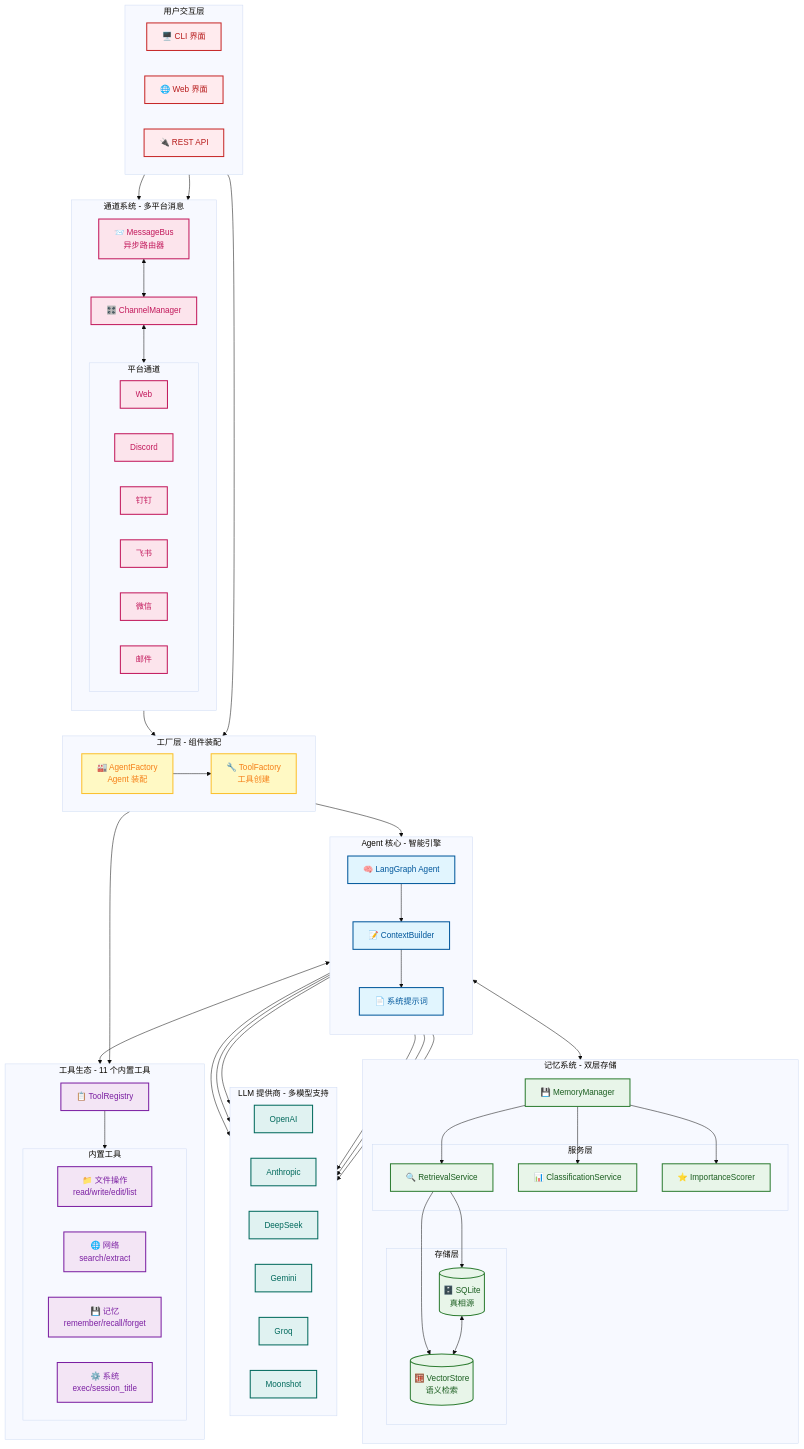
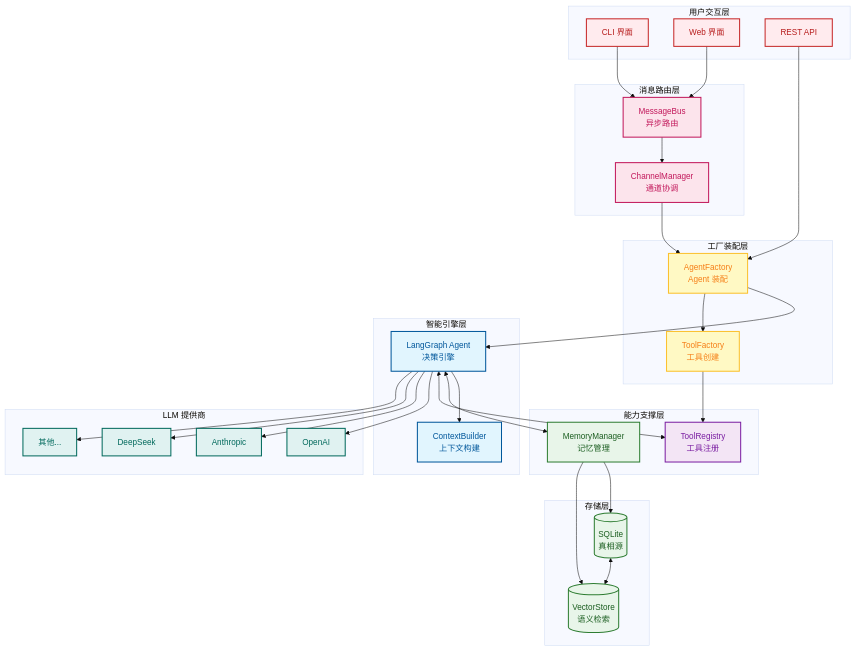
The first of 10 diagrams in docs/zh-CN/architecture.md (xt765/FinchBot), drawn with Mermaid (base theme) before and after one commit. The commit also changed other lines of this file and 18 other files, not shown here.

First line of the commit message:
docs: 简化架构图并删除所有mermaid图中的表情包

````diff
--- a/docs/zh-CN/architecture.md
+++ b/docs/zh-CN/architecture.md
@@ -26,125 +26,71 @@
 ```mermaid
-graph TD
-    %% 样式定义
+graph TB
     classDef userLayer fill:#ffebee,stroke:#c62828,stroke-width:2px,color:#b71c1c;
+    classDef channelLayer fill:#fce4ec,stroke:#c2185b,stroke-width:2px,color:#c2185b;
     classDef factoryLayer fill:#fff9c4,stroke:#fbc02d,stroke-width:2px,color:#f57f17;
     classDef coreLayer fill:#e1f5fe,stroke:#01579b,stroke-width:2px,color:#01579b;
     classDef memoryLayer fill:#e8f5e9,stroke:#2e7d32,stroke-width:2px,color:#1b5e20;
     classDef toolLayer fill:#f3e5f5,stroke:#7b1fa2,stroke-width:2px,color:#7b1fa2;
-    classDef channelLayer fill:#fce4ec,stroke:#c2185b,stroke-width:2px,color:#c2185b;
     classDef infraLayer fill:#e0f2f1,stroke:#00695c,stroke-width:2px,color:#00695c;
 
-    %% 用户交互层
-    subgraph UserLayer [用户交互层]
-        direction LR
-        CLI[🖥️ CLI 界面]
-        WebUI[🌐 Web 界面]
-        API[🔌 REST API]
+    subgraph Layer1 [用户交互层]
+        CLI[CLI 界面]:::userLayer
+        WebUI[Web 界面]:::userLayer
+        API[REST API]:::userLayer
     end
-    class CLI,WebUI,API userLayer
 
-    %% 通道系统
-    subgraph ChannelSystem [通道系统 - 多平台消息]
-        direction TB
-        Bus[📨 MessageBus<br/>异步路由器]
-        CM[🎛️ ChannelManager]
-        
-        Bus <--> CM
-        
-        subgraph Channels [平台通道]
-            WebCh[Web]
-            DiscordCh[Discord]
-            DingTalkCh[钉钉]
-            FeishuCh[飞书]
-            WeChatCh[微信]
-            EmailCh[邮件]
-        end
-        
-        CM <--> Channels
+    subgraph Layer2 [消息路由层]
+        Bus[MessageBus<br/>异步路由]:::channelLayer
+        CM[ChannelManager<br/>通道协调]:::channelLayer
     end
-    class Bus,CM channelLayer
-    class WebCh,DiscordCh,DingTalkCh,FeishuCh,WeChatCh,EmailCh channelLayer
 
-    %% 工厂层
-    subgraph FactoryLayer [工厂层 - 组件装配]
-        direction LR
-        AF[🏭 AgentFactory<br/>Agent 装配]
-        TF[🔧 ToolFactory<br/>工具创建]
+    subgraph Layer3 [工厂装配层]
+        AF[AgentFactory<br/>Agent 装配]:::factoryLayer
+        TF[ToolFactory<br/>工具创建]:::factoryLayer
     end
-    class AF,TF factoryLayer
 
-    %% Agent 核心
-    subgraph AgentCore [Agent 核心 - 智能引擎]
-        direction TB
-        Agent[🧠 LangGraph Agent]
-        CB[📝 ContextBuilder]
-        SP[📄 系统提示词]
-        
-        Agent --> CB
-        CB --> SP
+    subgraph Layer4 [智能引擎层]
+        Agent[LangGraph Agent<br/>决策引擎]:::coreLayer
+        CB[ContextBuilder<br/>上下文构建]:::coreLayer
     end
-    class Agent,CB,SP coreLayer
 
-    %% 记忆系统
-    subgraph MemorySystem [记忆系统 - 双层存储]
-        direction TB
-        MM[💾 MemoryManager]
-        
-        subgraph Services [服务层]
-            RS[🔍 RetrievalService]
-            CS[📊 ClassificationService]
-            IS[⭐ ImportanceScorer]
-        end
-        
-        subgraph Storage [存储层]
-            SQLite[(🗄️ SQLite<br/>真相源)]
-            Vector[(🧮 VectorStore<br/>语义检索)]
-        end
-        
-        MM --> RS & CS & IS
-        RS --> SQLite & Vector
-        SQLite <--> Vector
+    subgraph Layer5 [能力支撑层]
+        MM[MemoryManager<br/>记忆管理]:::memoryLayer
+        TR[ToolRegistry<br/>工具注册]:::toolLayer
     end
-    class MM,RS,CS,IS,SQLite,Vector memoryLayer
 
-    %% 工具生态
-    subgraph ToolEcosystem [工具生态 - 11 个内置工具]
-        direction TB
-        TR[📋 ToolRegistry]
-        
-        subgraph BuiltInTools [内置工具]
-            FileTools[📁 文件操作<br/>read/write/edit/list]
-            WebTools[🌐 网络<br/>search/extract]
-            MemTools[💾 记忆<br/>remember/recall/forget]
-            SysTools[⚙️ 系统<br/>exec/session_title]
-        end
-        
-        TR --> BuiltInTools
+    subgraph Layer6 [存储层]
+        SQLite[(SQLite<br/>真相源)]:::memoryLayer
+        Vector[(VectorStore<br/>语义检索)]:::memoryLayer
     end
-    class TR,FileTools,WebTools,MemTools,SysTools toolLayer
 
-    %% LLM 提供商
-    subgraph LLMProviders [LLM 提供商 - 多模型支持]
-        direction LR
-        OpenAI[OpenAI]
-        Anthropic[Anthropic]
-        DeepSeek[DeepSeek]
-        Gemini[Gemini]
-        Groq[Groq]
-        Moonshot[Moonshot]
+    subgraph Layer7 [LLM 提供商]
+        OpenAI[OpenAI]:::infraLayer
+        Anthropic[Anthropic]:::infraLayer
+        DeepSeek[DeepSeek]:::infraLayer
+        Others[其他...]:::infraLayer
     end
-    class OpenAI,Anthropic,DeepSeek,Gemini,Groq,Moonshot infraLayer
 
-    %% 连接
-    CLI & WebUI --> Bus
+    CLI --> Bus
+    WebUI --> Bus
     API --> AF
     
-    Bus --> AF
+    Bus --> CM
+    CM --> AF
+    
     AF --> Agent
     AF --> TF
     TF --> TR
     
+    Agent --> CB
     Agent <--> MM
     Agent <--> TR
-    Agent --> OpenAI & Anthropic & DeepSeek & Gemini & Groq & Moonshot
+    Agent --> OpenAI
+    Agent --> Anthropic
+    Agent --> DeepSeek
+    Agent --> Others
+    
+    MM --> SQLite
+    MM --> Vector
+    SQLite <--> Vector
 ```
````
